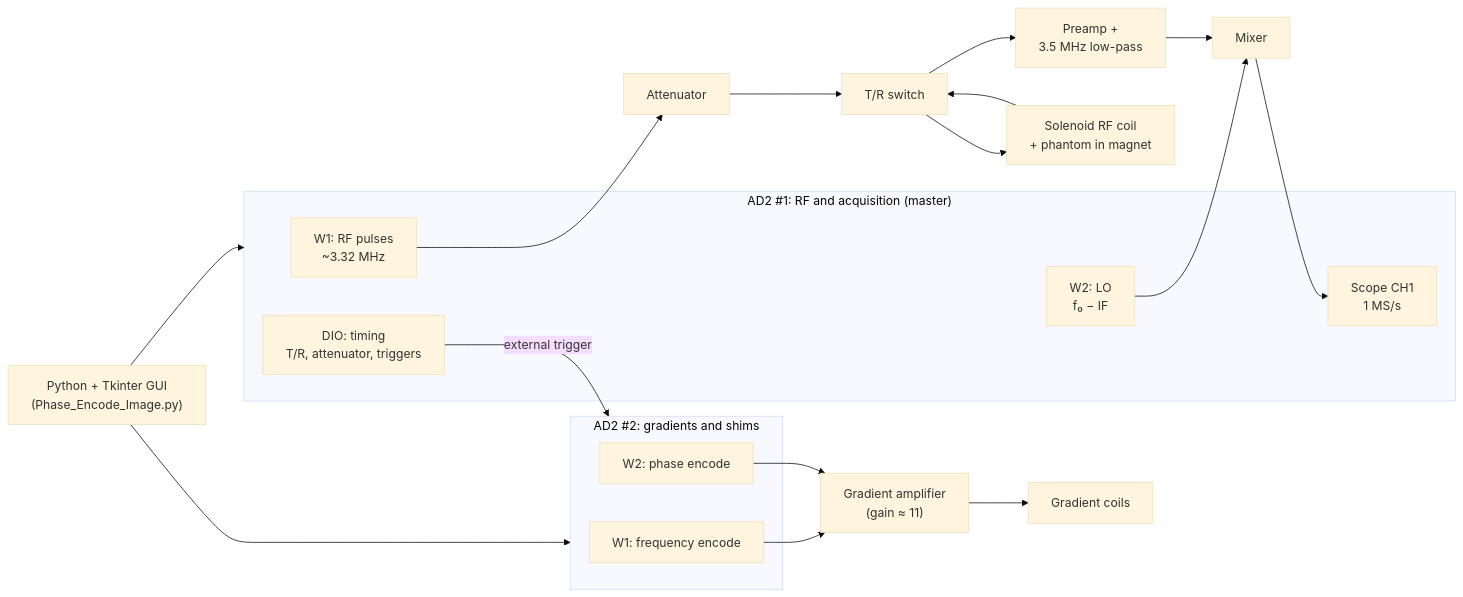
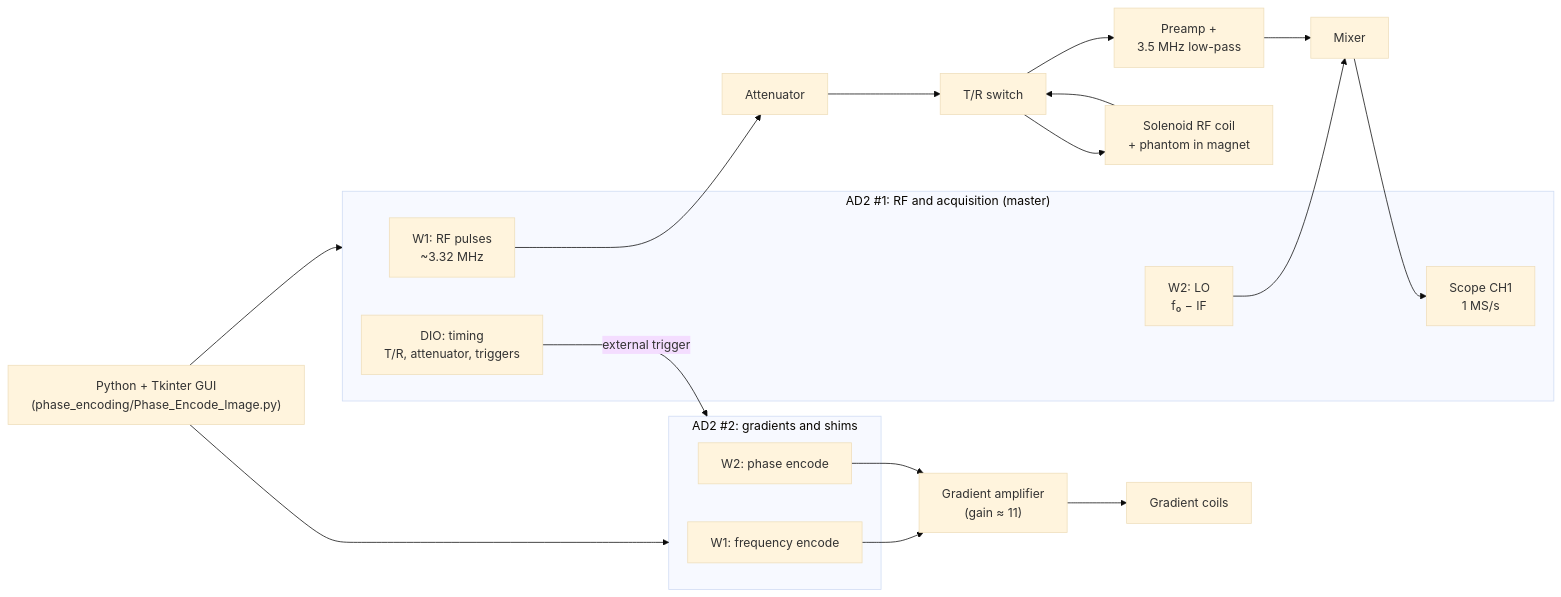
Before and after one commit to Dino-Boooo/Instrumentation-and-System-Design-for-Advanced-MRI-Imaging: the diagram in README.md, drawn with Mermaid (base theme). The commit also changed other lines of this file and 8 other files, not shown here.

````diff
--- a/README.md
+++ b/README.md
@@ -152,22 +152,22 @@
 ```mermaid
 flowchart LR
-    PC["Python + Tkinter GUI<br/>(Phase_Encode_Image.py)"]
+    PC["Python + Tkinter GUI<br/>(phase_encoding/Phase_Encode_Image.py)"]
     subgraph AD2_1["AD2 #1: RF and acquisition (master)"]
         W1a["W1: RF pulses<br/>~3.32 MHz"]
         W2a["W2: LO<br/>f₀ − IF"]
         DIO["DIO: timing<br/>T/R, attenuator, triggers"]
         SCOPE["Scope CH1<br/>1 MS/s"]
     end
     subgraph AD2_2["AD2 #2: gradients and shims"]
         W1b["W1: frequency encode"]
         W2b["W2: phase encode"]
     end
     PC --> AD2_1
     PC --> AD2_2
     W1a --> ATT["Attenuator"] --> TR["T/R switch"] --> COIL["Solenoid RF coil<br/>+ phantom in magnet"]
     COIL --> TR --> PRE["Preamp +<br/>3.5 MHz low-pass"] --> MIX["Mixer"]
     W2a --> MIX
     MIX --> SCOPE
     DIO -- "external trigger" --> AD2_2
     W1b & W2b --> AMP["Gradient amplifier<br/>(gain ≈ 11)"] --> GC["Gradient coils"]
 ```
````
